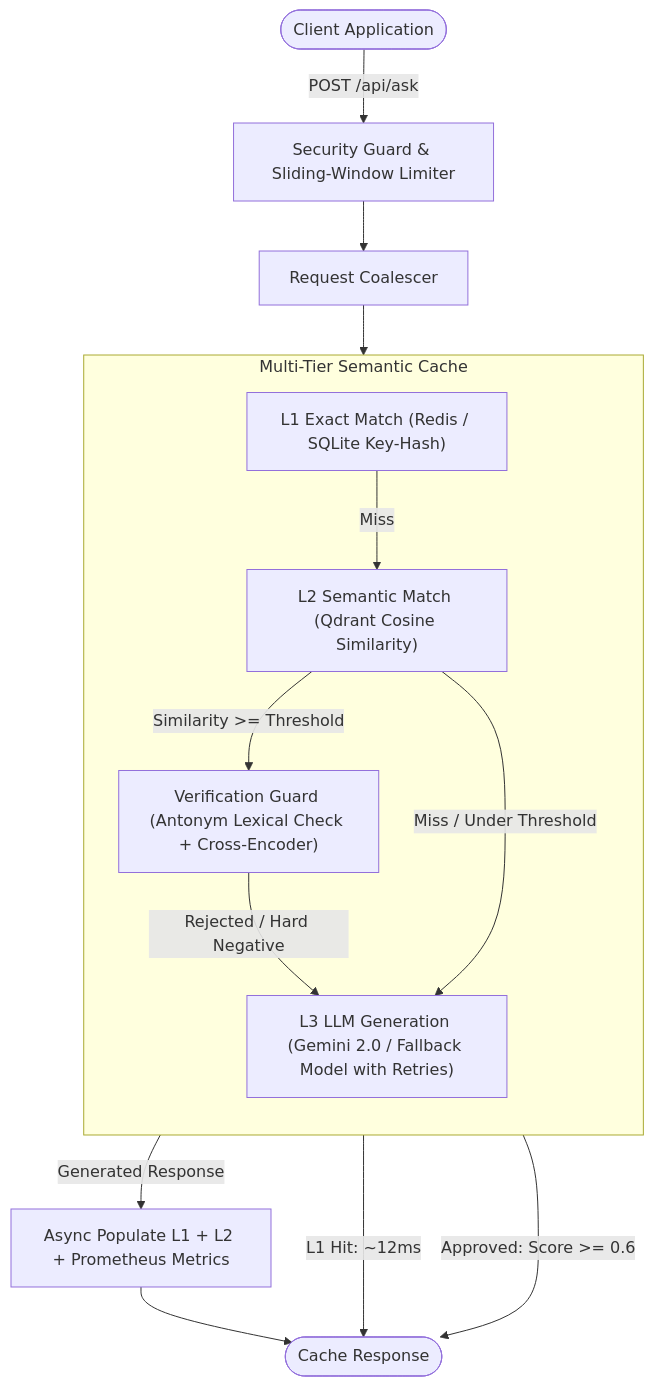
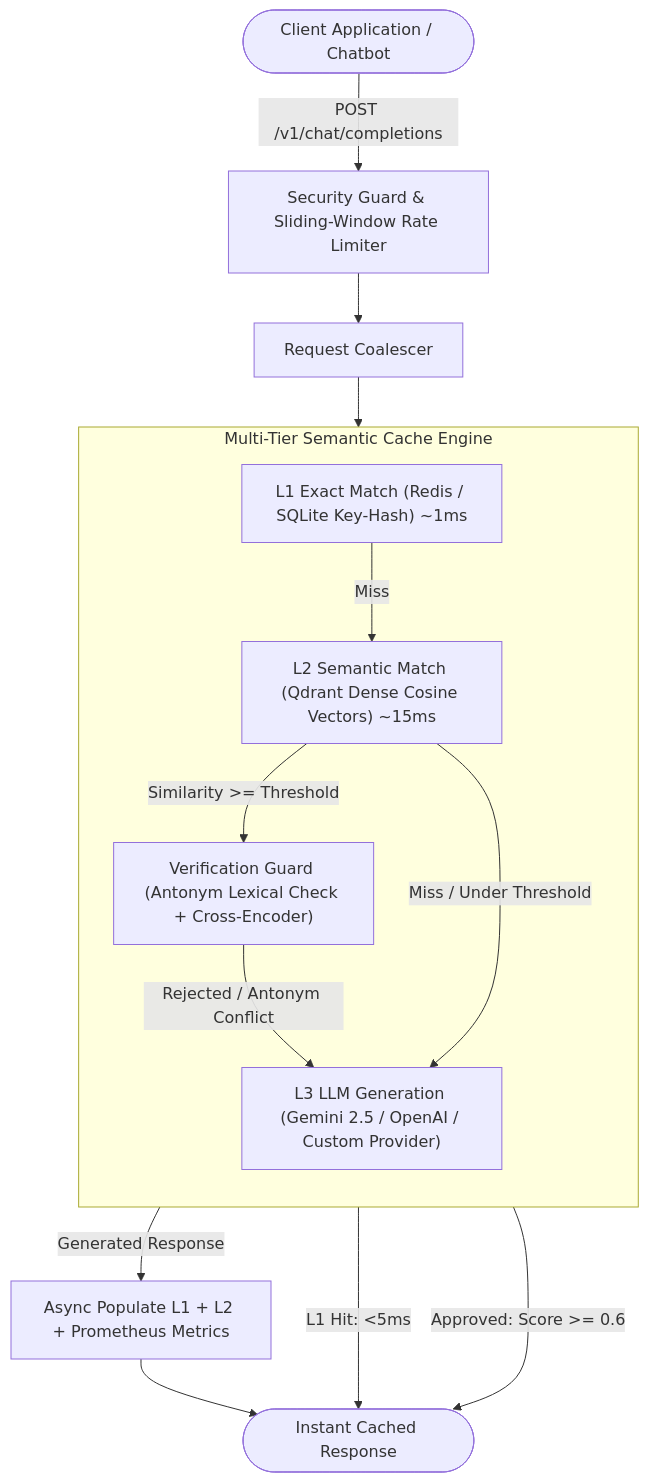
The diagram in README.md (raiaman2001/Semantic-cache), drawn with Mermaid before and after one commit. The commit also changed other lines of this file, not shown here.

````diff
--- a/README.md
+++ b/README.md
@@ -15,23 +18,23 @@
 ```mermaid
 flowchart TD
-    User([Client Application]) -->|POST /api/ask| SecGuard[Security Guard & Sliding-Window Limiter]
+    Client([Client Application / Chatbot]) -->|POST /v1/chat/completions| SecGuard[Security Guard & Sliding-Window Rate Limiter]
     SecGuard --> Coalesce[Request Coalescer]
     
-    subgraph MultiTierCache ["Multi-Tier Semantic Cache"]
+    subgraph MultiTierCache ["Multi-Tier Semantic Cache Engine"]
         direction TB
-        L1["L1 Exact Match (Redis / SQLite Key-Hash)"]
-        L2["L2 Semantic Match (Qdrant Cosine Similarity)"]
+        L1["L1 Exact Match (Redis / SQLite Key-Hash) ~1ms"]
+        L2["L2 Semantic Match (Qdrant Dense Cosine Vectors) ~15ms"]
         Guard["Verification Guard (Antonym Lexical Check + Cross-Encoder)"]
-        L3["L3 LLM Generation (Gemini 2.0 / Fallback Model with Retries)"]
+        L3["L3 LLM Generation (Gemini 2.5 / OpenAI / Custom Provider)"]
     end
 
     Coalesce --> L1
-    L1 -->|L1 Hit: ~12ms| Return([Cache Response])
+    L1 -->|L1 Hit: <5ms| Return([Instant Cached Response])
     L1 -->|Miss| L2
     L2 -->|Similarity >= Threshold| Guard
     Guard -->|Approved: Score >= 0.6| Return
-    Guard -->|Rejected / Hard Negative| L3
+    Guard -->|Rejected / Antonym Conflict| L3
     L2 -->|Miss / Under Threshold| L3
     L3 -->|Generated Response| Store[Async Populate L1 + L2 + Prometheus Metrics]
     Store --> Return
 ```
````
